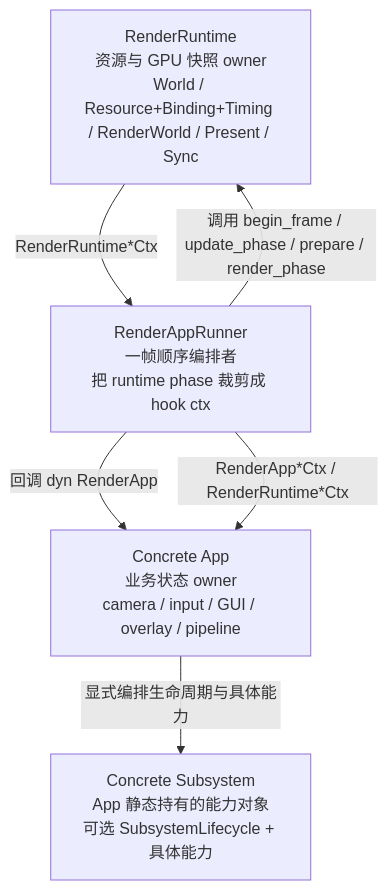
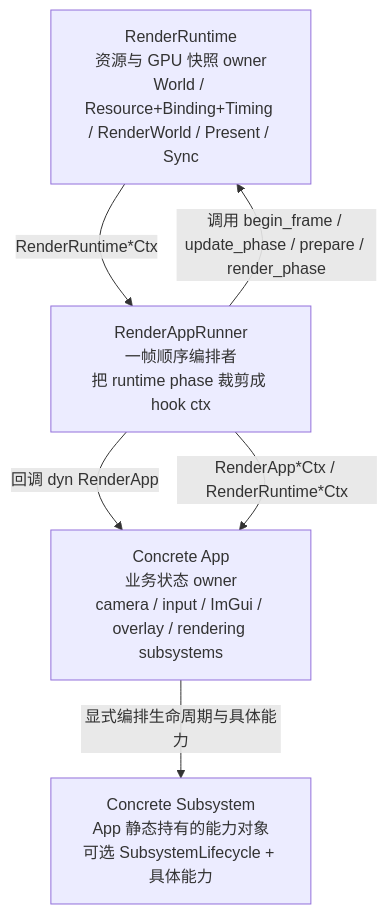
The first of 5 diagrams in docs/summaries/frame-lifecycle.md (acccoco/TruvisRenderer), drawn with Mermaid before and after one commit. The commit also changed other lines of this file and 85 other files, not shown here.

````diff
--- a/docs/summaries/frame-lifecycle.md
+++ b/docs/summaries/frame-lifecycle.md
@@ -28,12 +28,12 @@
 ```mermaid
 flowchart TB
     Runtime["RenderRuntime<br/>资源与 GPU 快照 owner<br/>World / Resource+Binding+Timing / RenderWorld / Present / Sync"]
     Runner["RenderAppRunner<br/>一帧顺序编排者<br/>把 runtime phase 裁剪成 hook ctx"]
-    App["Concrete App<br/>业务状态 owner<br/>camera / input / GUI / overlay / pipeline"]
+    App["Concrete App<br/>业务状态 owner<br/>camera / input / ImGui / overlay / rendering subsystems"]
     Subsystem["Concrete Subsystem<br/>App 静态持有的能力对象<br/>可选 SubsystemLifecycle + 具体能力"]
     Runner -->|" 调用 begin_frame / update_phase / prepare / render_phase "| Runtime
     Runner -->|" 回调 dyn RenderApp "| App
     App -->|" 显式编排生命周期与具体能力 "| Subsystem
     Runtime -->|" RenderRuntime*Ctx "| Runner
     Runner -->|" RenderApp*Ctx / RenderRuntime*Ctx "| App
 ```
````
